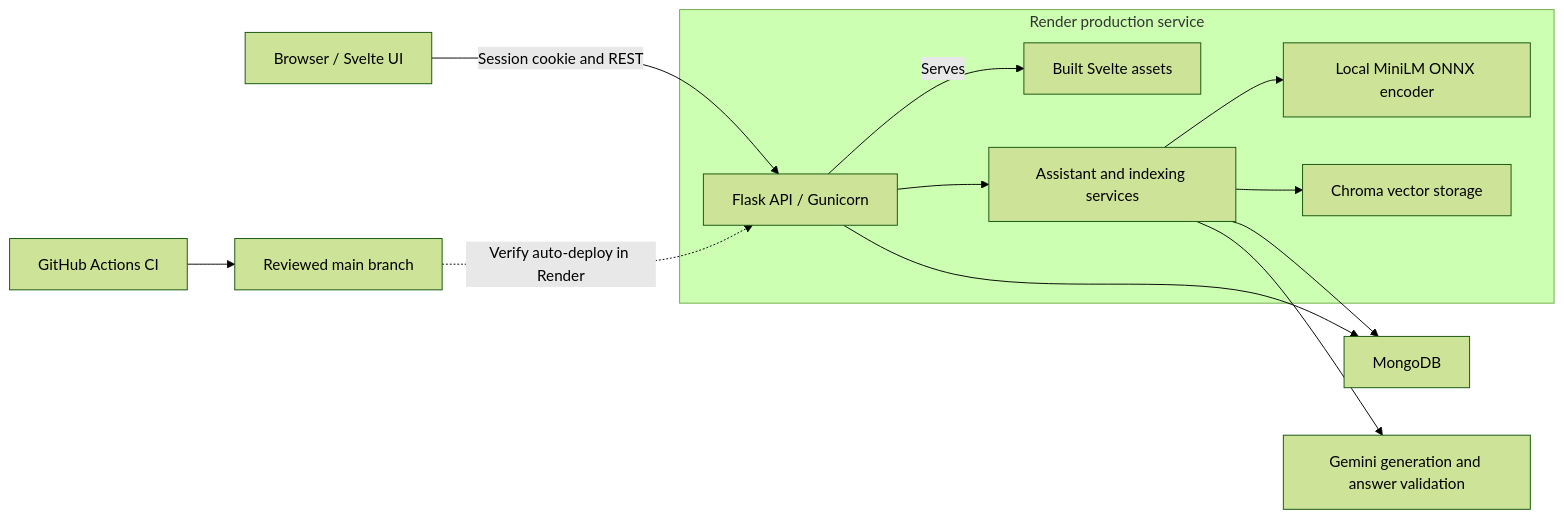
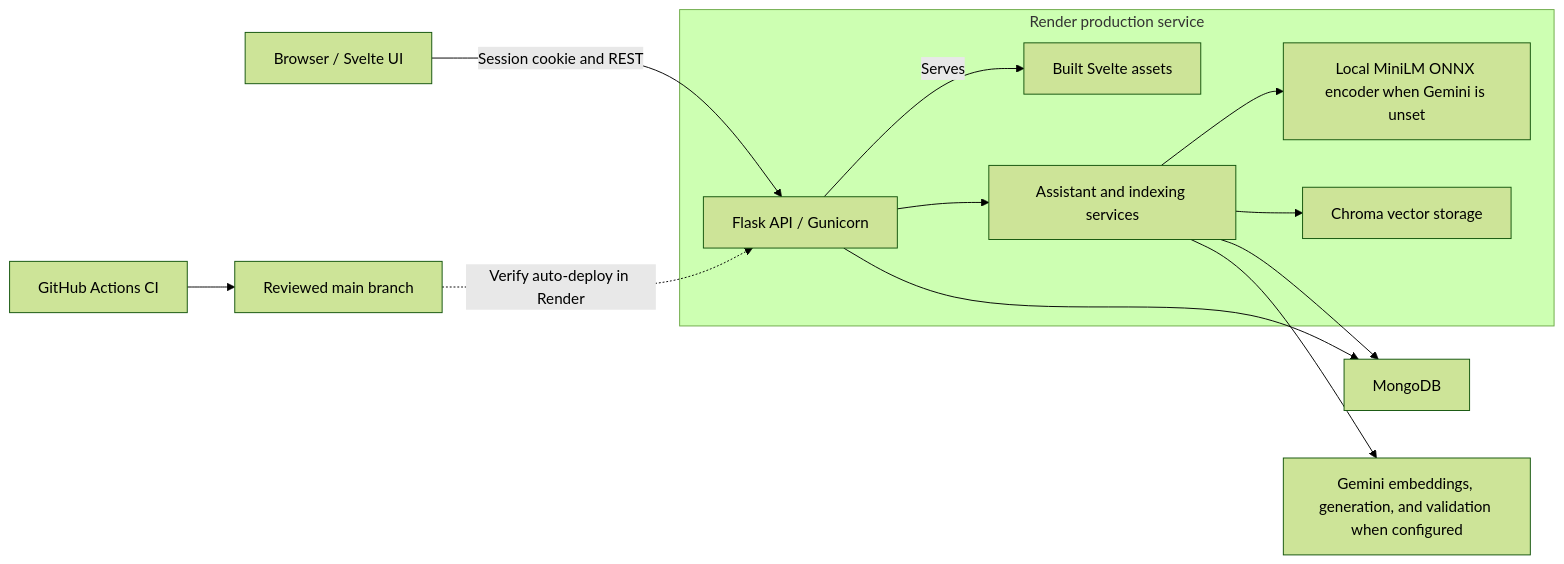
Before and after one commit to b-chua-student/theseus: the diagram in docs/architecture.md, drawn with Mermaid (forest theme). The commit also changed 10 other files, not shown here.

````diff
--- a/docs/architecture.md
+++ b/docs/architecture.md
@@ -5,15 +5,15 @@
 ```mermaid
 flowchart LR
     Browser["Browser / Svelte UI"] -->|Session cookie and REST| Flask["Flask API / Gunicorn"]
     subgraph Hosting["Render production service"]
         Flask -->|Serves| Static["Built Svelte assets"]
         Flask --> Assistant["Assistant and indexing services"]
-        Assistant --> Encoder["Local MiniLM ONNX encoder"]
+        Assistant --> Encoder["Local MiniLM ONNX encoder when Gemini is unset"]
         Assistant --> Chroma["Chroma vector storage"]
     end
     Flask --> Mongo["MongoDB"]
     Assistant --> Mongo
-    Assistant --> Gemini["Gemini generation and answer validation"]
+    Assistant --> Gemini["Gemini embeddings, generation, and validation when configured"]
     GitHub["GitHub Actions CI"] --> Main["Reviewed main branch"]
     Main -.->|Verify auto-deploy in Render| Flask
 ```
````
